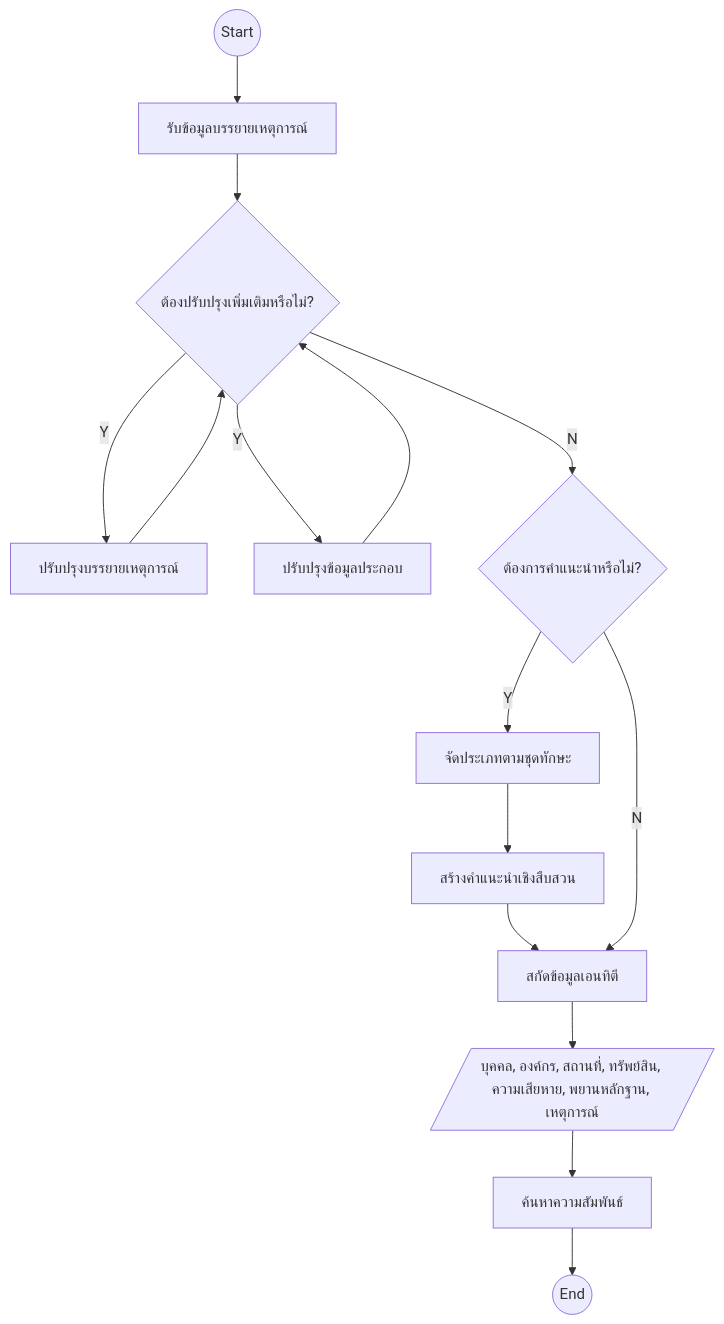
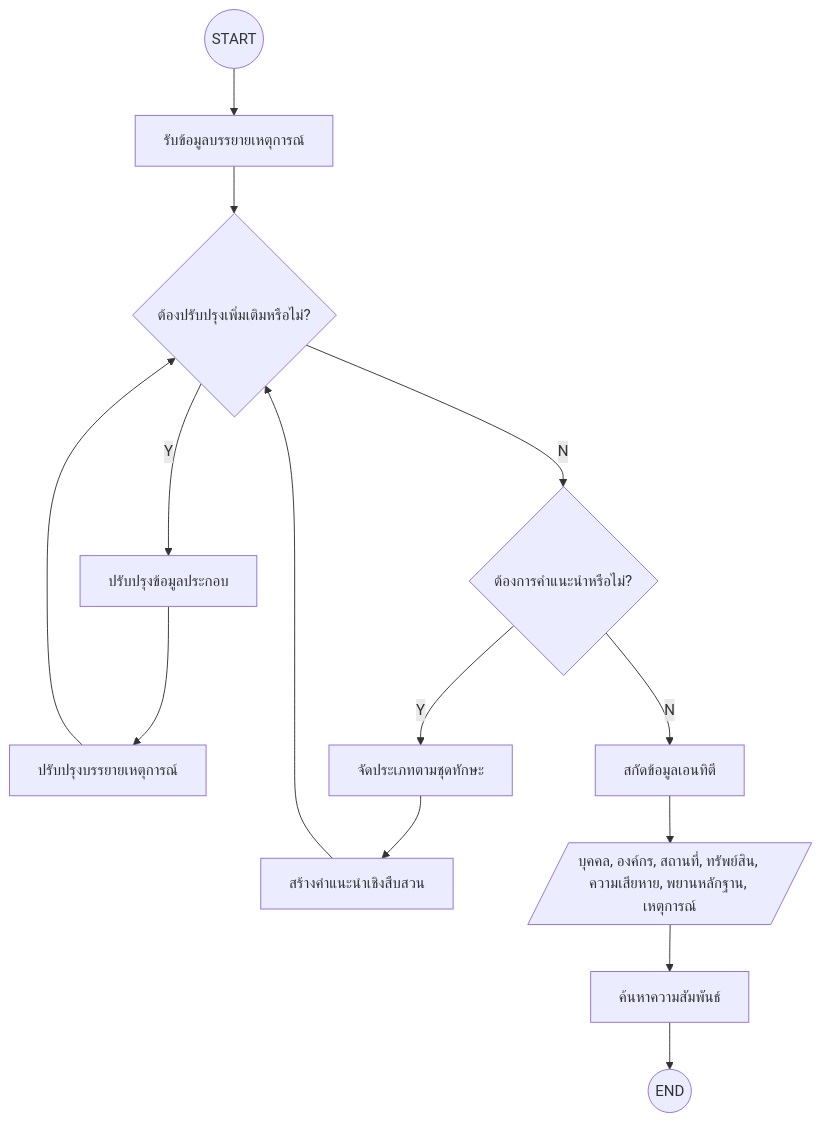
One commit to charoensakn/bluescope changed the diagram in README.th.md. Above: the diagram before and after it, drawn with Mermaid. The commit also changed 1 other file, not shown here.

Commit message:
fix: update flowchart labels

````diff
--- a/README.th.md
+++ b/README.th.md
@@ -57,38 +57,37 @@
 ```mermaid
 flowchart TD
-    START@{ shape: circle, label: "Start" }
-    STOP@{ shape: circle, label: "End" }
+    START@{ shape: circle, label: "START" }
+    END@{ shape: circle, label: "END" }
 
     A@{ shape: rect, label: "รับข้อมูลบรรยายเหตุการณ์" }
     B@{ shape: diamond, label: "ต้องปรับปรุงเพิ่มเติมหรือไม่?" }
     C@{ shape: rect, label: "ปรับปรุงบรรยายเหตุการณ์" }
     D@{ shape: rect, label: "ปรับปรุงข้อมูลประกอบ" }
 
     E@{ shape: diamond, label: "ต้องการคำแนะนำหรือไม่?" }
     F@{ shape: rect, label: "จัดประเภทตามชุดทักษะ" }
     G@{ shape: rect, label: "สร้างคำแนะนำเชิงสืบสวน" }
 
     H@{ shape: rect, label: "สกัดข้อมูลเอนทิตี" }
     I@{ shape: lean-r, label: "บุคคล, องค์กร, สถานที่, ทรัพย์สิน, ความเสียหาย, พยานหลักฐาน, เหตุการณ์" }
     J@{ shape: rect, label: "ค้นหาความสัมพันธ์" }
 
     START --> A
     A --> B
 
-    B -->|Y| C
     B -->|Y| D
+    D --> C
     C --> B
-    D --> B
 
     B -->|N| E
 
     E -->|Y| F
     F --> G
-    G --> H
+    G --> B
 
     E -->|N| H
 
     H --> I
     I --> J
-    J --> STOP
+    J --> END
 ```
````
